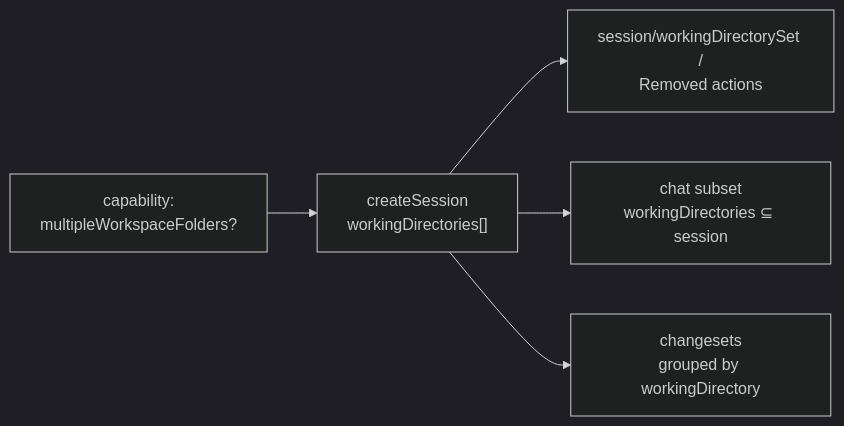
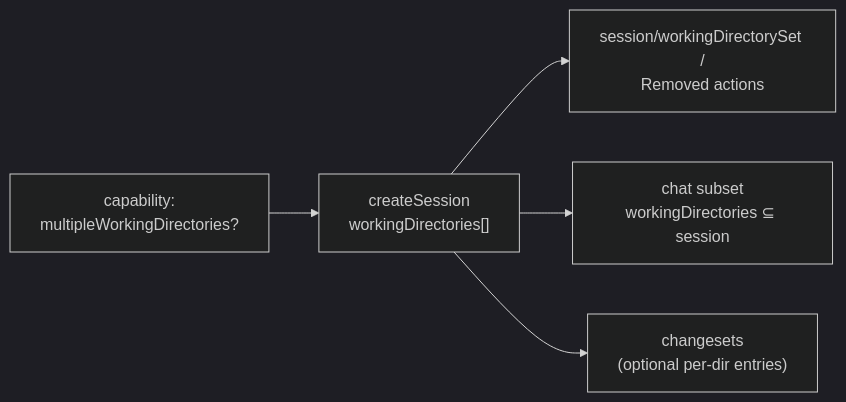
The second of 3 diagrams in docs/proposals/multiroot-sessions.md (KhaiTrang1995/agent-host-protocol), drawn with Mermaid (dark theme) before and after one commit. The commit also changed other lines of this file and 33 other files, not shown here.

First line of the commit message:
spec: rename capability + drop Changeset.workingDirectory (review round 2)

````diff
--- a/docs/proposals/multiroot-sessions.md
+++ b/docs/proposals/multiroot-sessions.md
@@ -134,7 +134,7 @@
 ```mermaid
 flowchart LR
-    Cap["capability:<br/>multipleWorkspaceFolders?"] --> Create["createSession<br/>workingDirectories[]"]
+    Cap["capability:<br/>multipleWorkingDirectories?"] --> Create["createSession<br/>workingDirectories[]"]
     Create --> Add["session/workingDirectorySet /<br/>Removed actions"]
     Create --> Chat["chat subset<br/>workingDirectories ⊆ session"]
-    Create --> CS["changesets<br/>grouped by workingDirectory"]
+    Create --> CS["changesets<br/>(optional per-dir entries)"]
 ```
````
